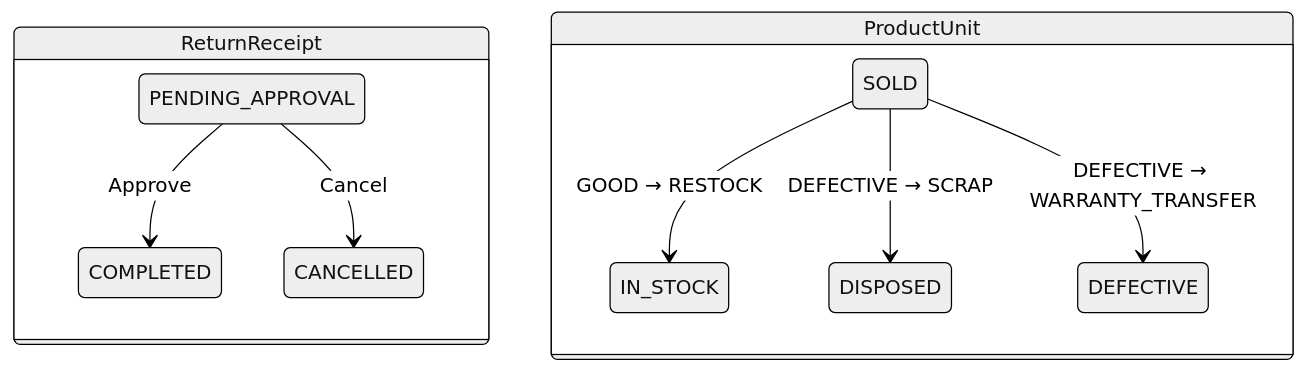
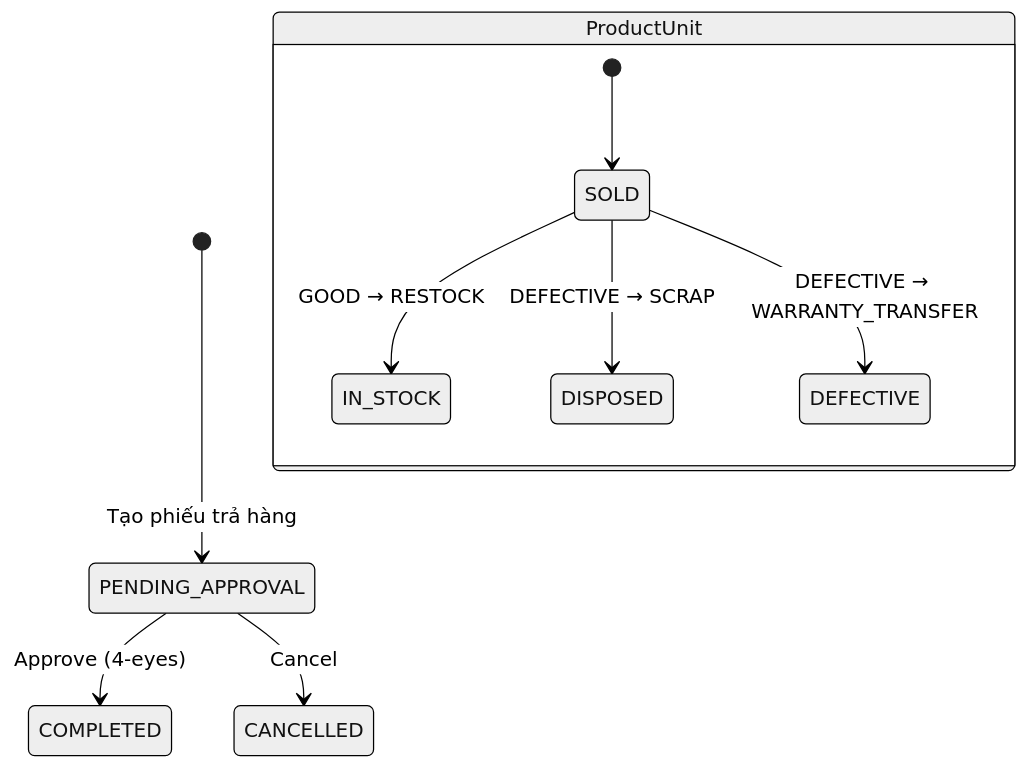
Before and after one commit to Java-Inventory-Management-System/Projects: the first of 2 diagrams in docs/flows/be/03-return-flow.md, drawn with Mermaid (neutral theme). The commit also changed 7 other files, not shown here.

Commit message:
docs: reorganise BE state diagrams — add [*] start/end, fix warranty lifecycle, composite layout

````diff
--- a/docs/flows/be/03-return-flow.md
+++ b/docs/flows/be/03-return-flow.md
@@ -35,13 +35,14 @@
 ```mermaid
 stateDiagram-v2
-    state "ReturnReceipt" as RR {
-        PENDING_APPROVAL --> COMPLETED : Approve
-        PENDING_APPROVAL --> CANCELLED : Cancel
-    }
+    [*] --> PENDING_APPROVAL : Tạo phiếu trả hàng
+
+    PENDING_APPROVAL --> COMPLETED : Approve (4-eyes)
+    PENDING_APPROVAL --> CANCELLED : Cancel
 
     state "ProductUnit" as PU {
+        [*] --> SOLD
         SOLD --> IN_STOCK : GOOD → RESTOCK
         SOLD --> DISPOSED : DEFECTIVE → SCRAP
         SOLD --> DEFECTIVE : DEFECTIVE → WARRANTY_TRANSFER
     }
 ```
````
